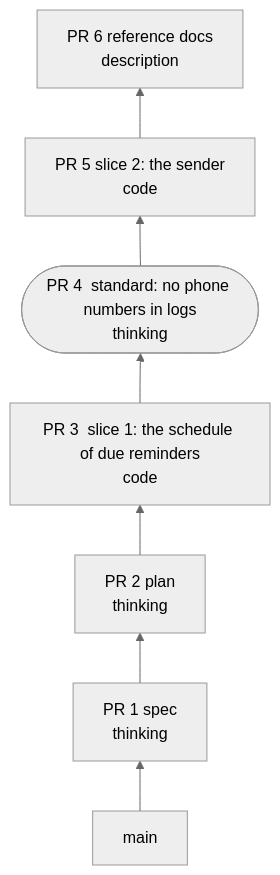
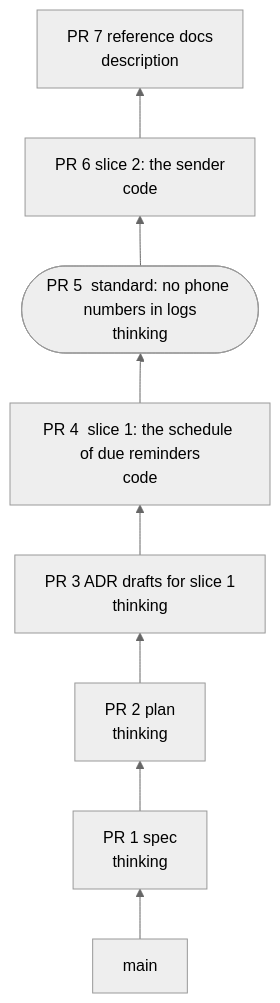
One commit to chandanbsd/baseline-framework changed the third of 3 diagrams in standard/19-standards-mechanism.md. Above: the diagram before and after it, drawn with Mermaid (neutral theme). The commit also changed other lines of this file and 2 other files, not shown here.

Commit message:
feat(standard): keep the working-rules examples and reasons to what the spec says

````diff
--- a/standard/19-standards-mechanism.md
+++ b/standard/19-standards-mechanism.md
@@ -128,11 +128,12 @@
 ```mermaid
 flowchart BT
     M["main"]
     P1["PR 1  spec<br/>thinking"]
     P2["PR 2  plan<br/>thinking"]
-    P3["PR 3  slice 1: the schedule of due reminders<br/>code"]
-    P4(["PR 4  standard: no phone numbers in logs<br/>thinking"])
-    P5["PR 5  slice 2: the sender<br/>code"]
-    P6["PR 6  reference docs<br/>description"]
-    M --> P1 --> P2 --> P3 --> P4 --> P5 --> P6
+    P3["PR 3  ADR drafts for slice 1<br/>thinking"]
+    P4["PR 4  slice 1: the schedule of due reminders<br/>code"]
+    P5(["PR 5  standard: no phone numbers in logs<br/>thinking"])
+    P6["PR 6  slice 2: the sender<br/>code"]
+    P7["PR 7  reference docs<br/>description"]
+    M --> P1 --> P2 --> P3 --> P4 --> P5 --> P6 --> P7
 ```
````
